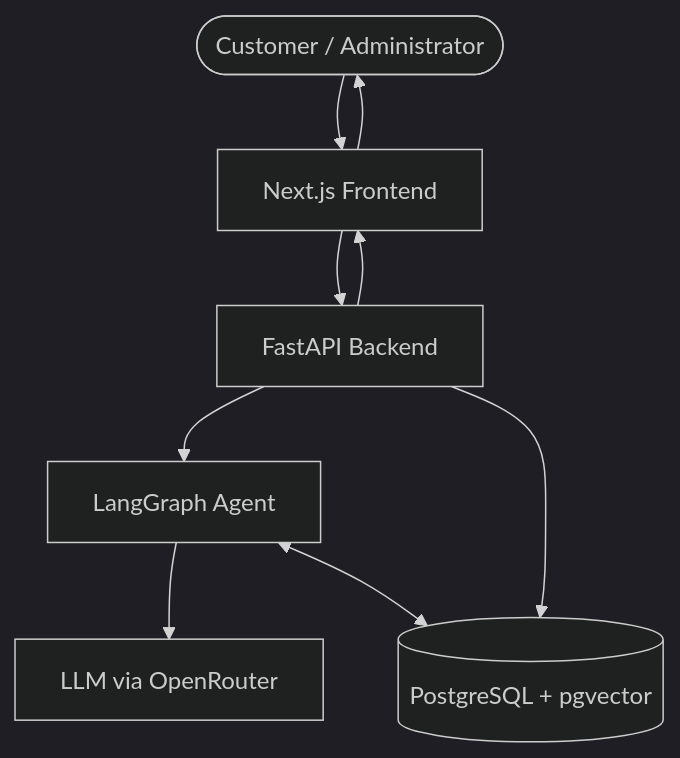
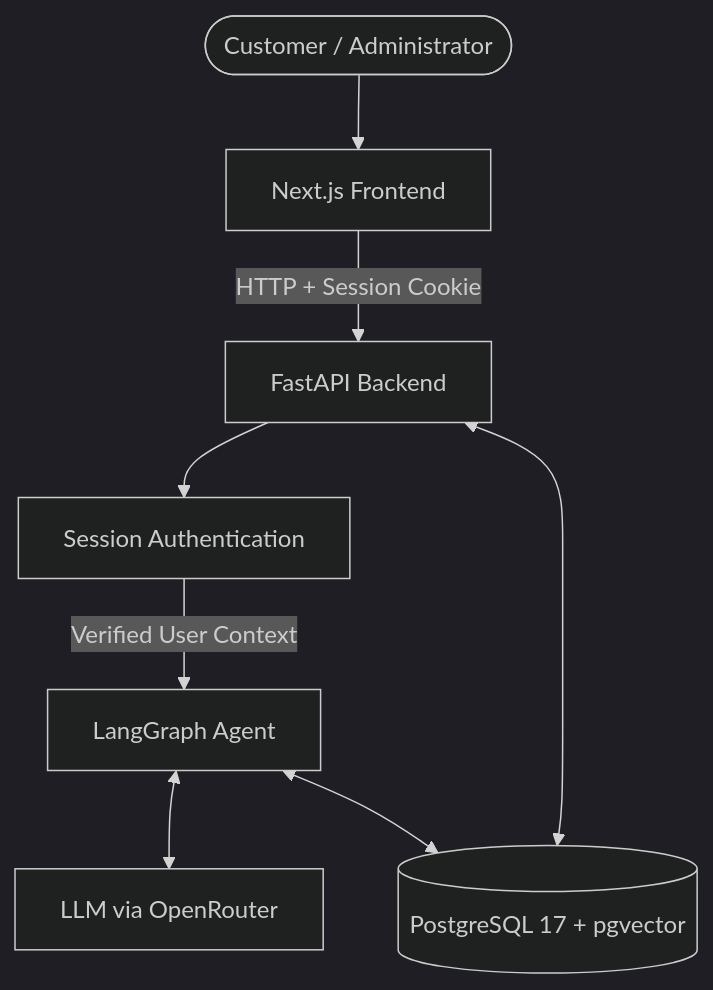
The first of 2 diagrams in README.md (Bernardons04/emporio-platform), drawn with Mermaid (dark theme) before and after one commit. The commit also changed other lines of this file, not shown here.

Commit message:
docs: refine architecture diagrams

````diff
--- a/README.md
+++ b/README.md
@@ -73,11 +73,12 @@
 ```mermaid
 flowchart TD
     User([Customer / Administrator]) --> Frontend[Next.js Frontend]
-    Frontend --> Backend[FastAPI Backend]
-    Backend --> Agent[LangGraph Agent]
-    Agent --> LLM[LLM via OpenRouter]
-    Agent <--> DB[(PostgreSQL + pgvector)]
-    Backend --> DB
-    Backend --> Frontend
-    Frontend --> User
+    Frontend -->|HTTP + Session Cookie| Backend[FastAPI Backend]
+
+    Backend --> Auth[Session Authentication]
+    Auth -->|Verified User Context| Agent[LangGraph Agent]
+
+    Agent <--> LLM[LLM via OpenRouter]
+    Agent <--> DB[(PostgreSQL 17 + pgvector)]
+    Backend <--> DB
 ```
````
